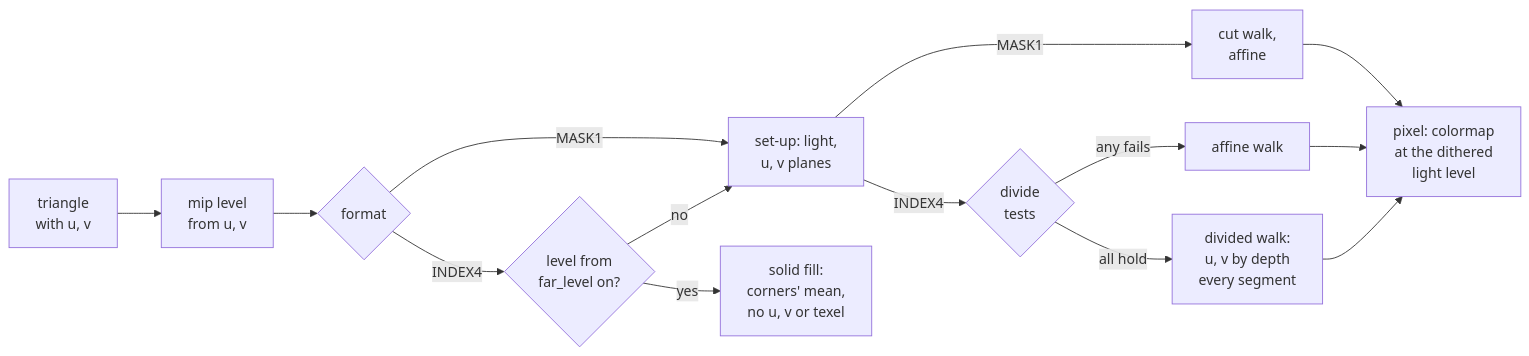
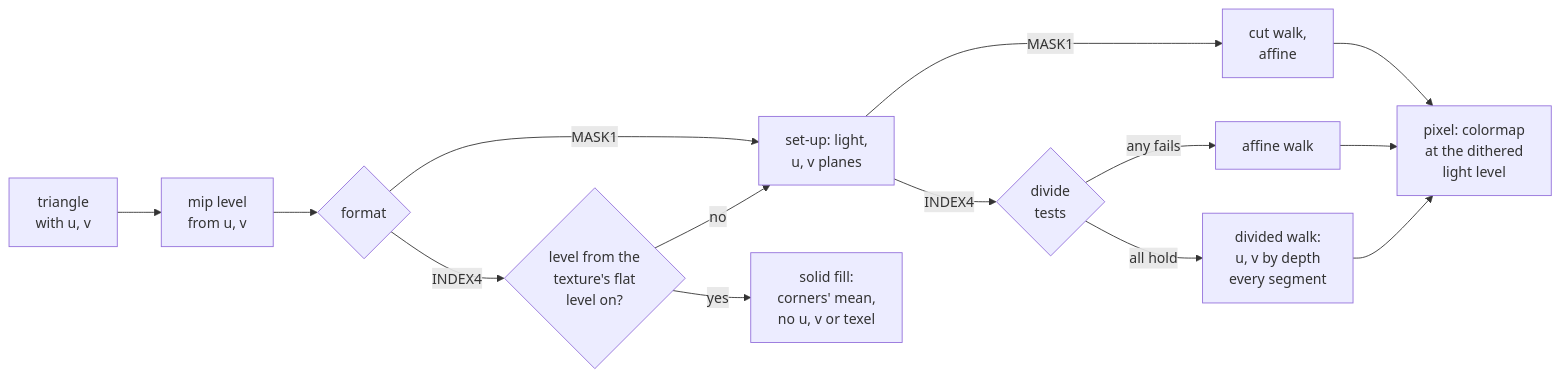
The diagram in docs/render/frame/Texture-Mapping.md (jose-villegas/autana), drawn with Mermaid before and after one commit. The commit also changed other lines of this file and 27 other files, not shown here.

First line of the commit message:
render: each texture finds its flat level at open from its own colours; texture.far_level goes (q0fpj)

````diff
--- a/docs/render/frame/Texture-Mapping.md
+++ b/docs/render/frame/Texture-Mapping.md
@@ -11,16 +11,16 @@
 ```mermaid
 flowchart LR
     Tri["triangle<br/>with u, v"] --> Mip["mip level<br/>from u, v"]
     Mip --> Format{format}
     Format -- MASK1 --> Setup["set-up: light,<br/>u, v planes"]
     Setup -- MASK1 --> Cut["cut walk,<br/>affine"]
-    Format -- INDEX4 --> Far{"level from<br/>far_level on?"}
+    Format -- INDEX4 --> Far{"level from the<br/>texture's flat<br/>level on?"}
     Far -- yes --> Plain["solid fill:<br/>corners' mean,<br/>no u, v or texel"]
     Far -- no --> Setup
     Setup -- INDEX4 --> Tests{"divide<br/>tests"}
     Tests -- "any fails" --> Affine["affine walk"]
     Tests -- "all hold" --> Divided["divided walk:<br/>u, v by depth<br/>every segment"]
     Cut --> Pixel["pixel: colormap<br/>at the dithered<br/>light level"]
     Affine --> Pixel
     Divided --> Pixel
 ```
````
